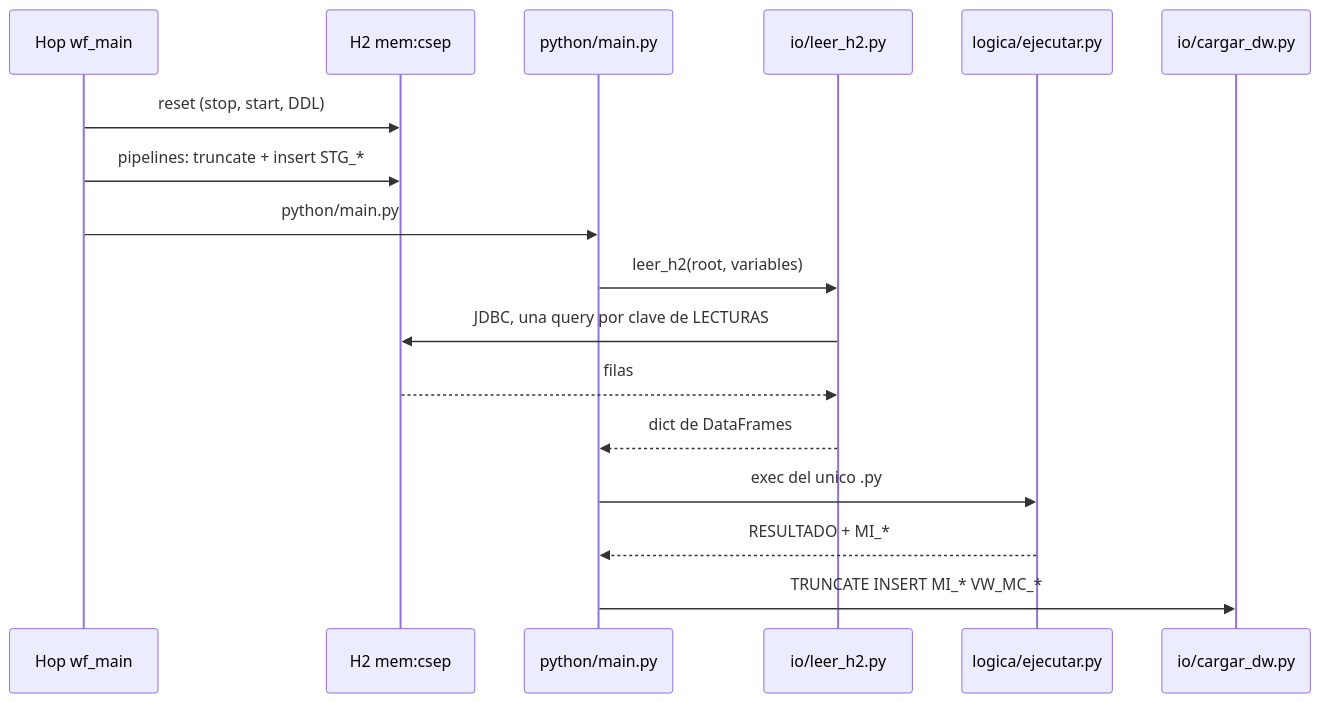
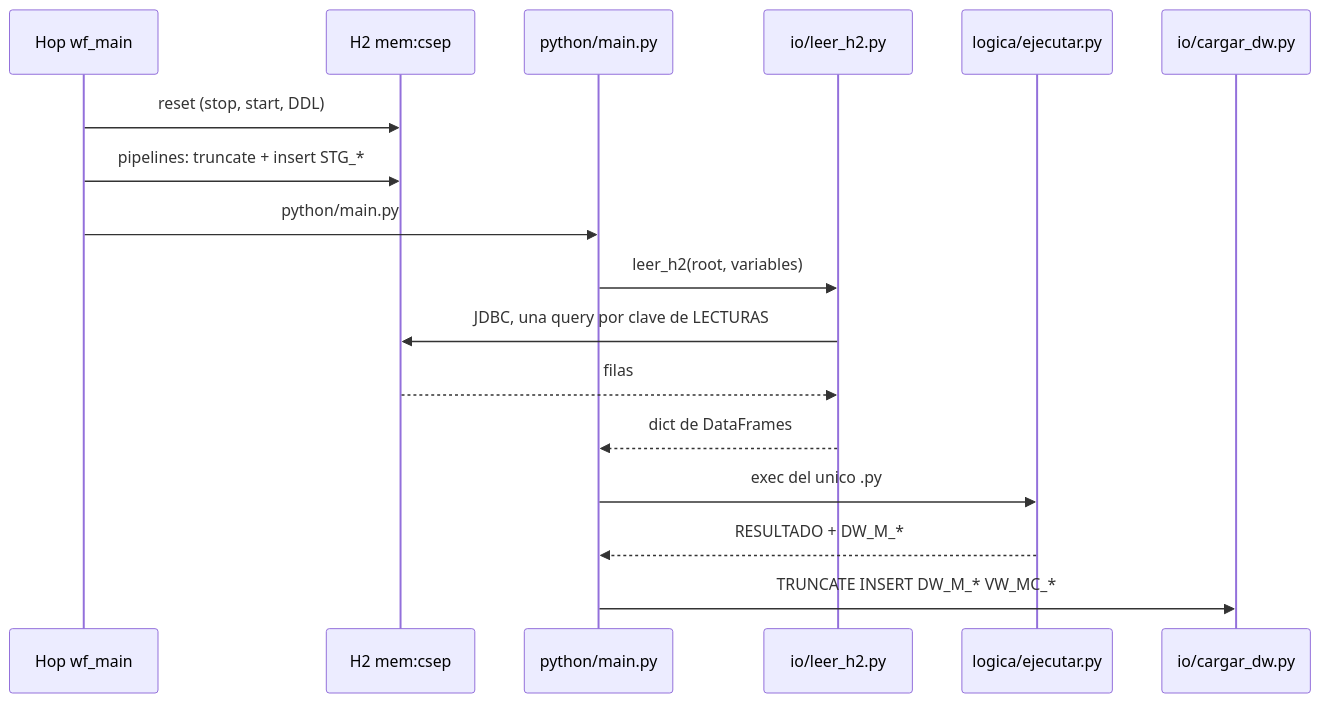
The third of 4 diagrams in docs/arquitectura.md (nwodevops/multa_informes_etl), drawn with Mermaid before and after one commit. The commit also changed other lines of this file and 67 other files, not shown here.

````diff
--- a/docs/arquitectura.md
+++ b/docs/arquitectura.md
@@ -152,20 +152,20 @@
 ```mermaid
 sequenceDiagram
   participant HOP as Hop wf_main
   participant H2 as H2 mem:csep
   participant MAIN as python/main.py
   participant LEER as io/leer_h2.py
   participant LOG as logica/ejecutar.py
   participant DW as io/cargar_dw.py
 
   HOP->>H2: reset (stop, start, DDL)
   HOP->>H2: pipelines: truncate + insert STG_*
   HOP->>MAIN: python/main.py
   MAIN->>LEER: leer_h2(root, variables)
   LEER->>H2: JDBC, una query por clave de LECTURAS
   H2-->>LEER: filas
   LEER-->>MAIN: dict de DataFrames
   MAIN->>LOG: exec del unico .py
-  LOG-->>MAIN: RESULTADO + MI_*
-  MAIN->>DW: TRUNCATE INSERT MI_* VW_MC_*
+  LOG-->>MAIN: RESULTADO + DW_M_*
+  MAIN->>DW: TRUNCATE INSERT DW_M_* VW_MC_*
 ```
````
